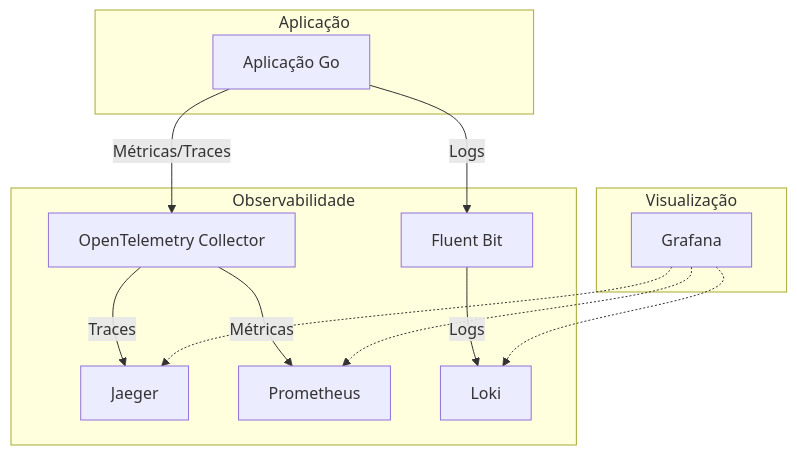
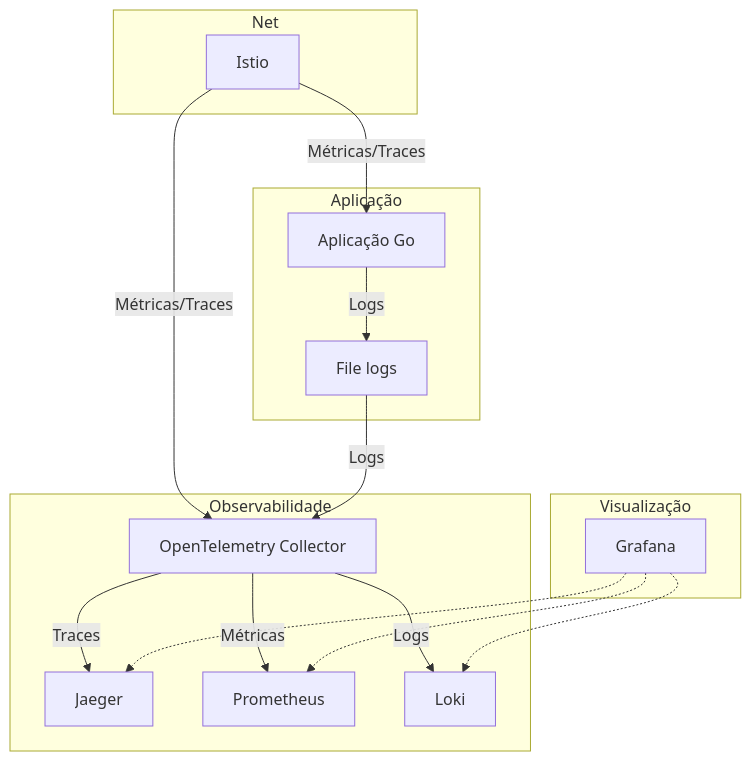
The diagram in docs/arquitetura.mmd (beriloqueiroz-eco/poc-ecotel), drawn with Mermaid before and after one commit. The commit also changed 15 other files, not shown here.

```diff
--- a/docs/arquitetura.mmd
+++ b/docs/arquitetura.mmd
@@ -1,26 +1,33 @@
 flowchart TD
+    subgraph Net 
+        istio[Istio]
+    end
+
     subgraph Aplicação
         app[Aplicação Go]
+        file[File logs]
     end
 
     subgraph Observabilidade
         otel[OpenTelemetry Collector]
         jaeger[Jaeger]
         prometheus[Prometheus]
-        fluentbit[Fluent Bit]
         loki[Loki]
     end
 
     subgraph Visualização
         grafana[Grafana]
     end
 
-    app -- Métricas/Traces --> otel
+    app -- Logs --> file
+    istio -- Métricas/Traces --> app
+    istio -- Métricas/Traces --> otel
+    file -- Logs --> otel
     otel -- Traces --> jaeger
     otel -- Métricas --> prometheus
-    app -- Logs --> fluentbit
-    fluentbit -- Logs --> loki
+    otel -- Logs --> loki
+    
 
     grafana  -.-> prometheus
     grafana  -.-> jaeger
     grafana  -.-> loki
```
